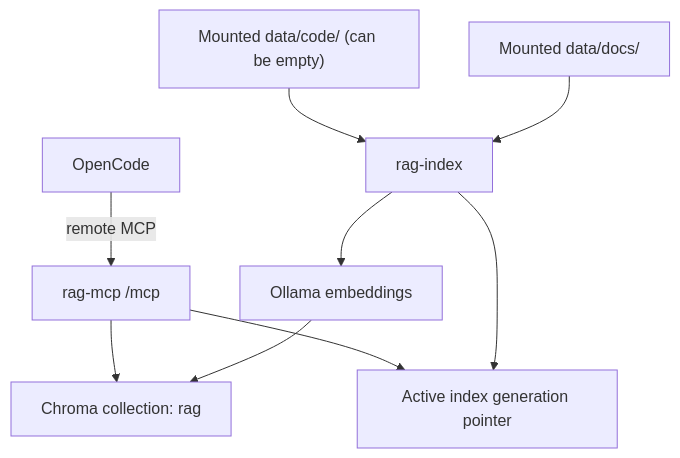
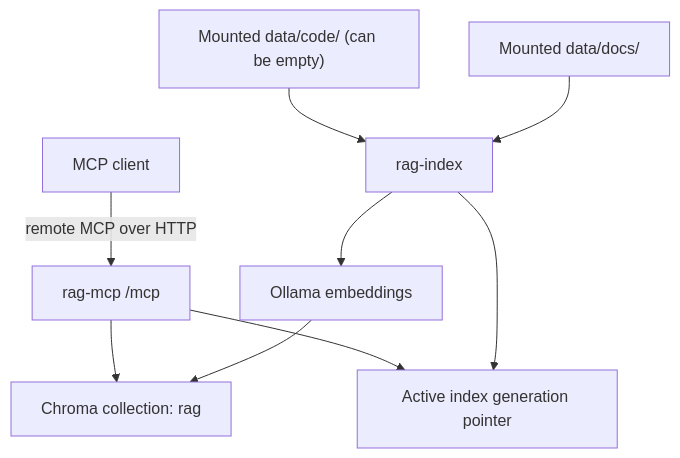
The diagram in README.md (andrepester/rag-search-mcp), drawn with Mermaid before and after one commit. The commit also changed other lines of this file and 11 other files, not shown here.

Commit message:
Make MCP bootstrap client-agnostic

````diff
--- a/README.md
+++ b/README.md
@@ -26,12 +26,12 @@
 ```mermaid
 flowchart TD
     A["Mounted data/docs/"] --> B["rag-index"]
     C["Mounted data/code/ (can be empty)"] --> B
     B --> D["Ollama embeddings"]
     D --> E["Chroma collection: rag"]
     B --> H["Active index generation pointer"]
 
-    F["OpenCode"] -->|remote MCP| G["rag-mcp /mcp"]
+    F["MCP client"] -->|remote MCP over HTTP| G["rag-mcp /mcp"]
     G --> H
     G --> E
 ```
````
